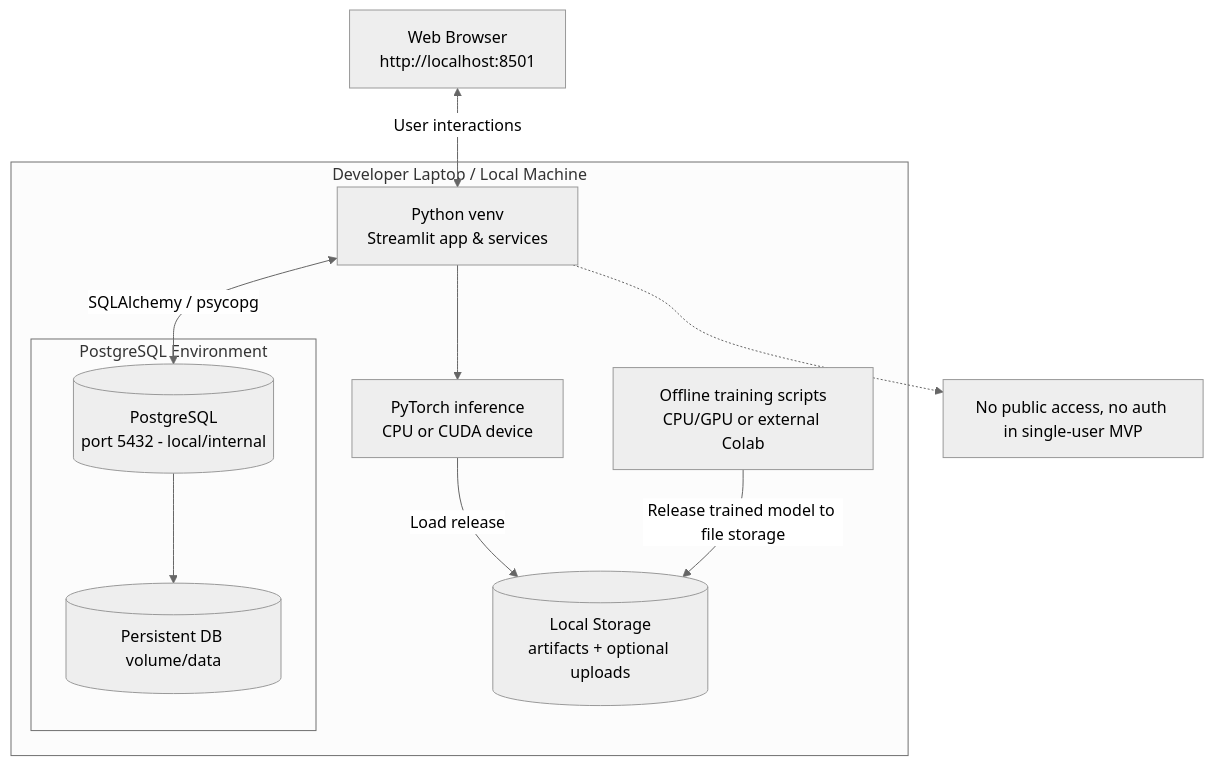
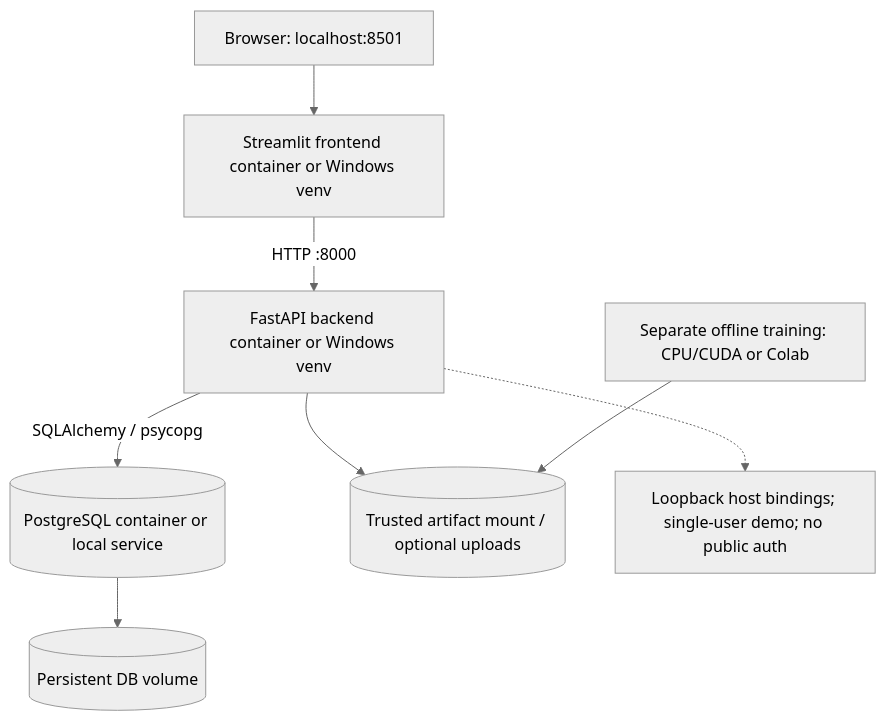
The diagram in diagrams/10-deployment.mmd (23001853-wq/food-recognition-dietary-assistant), drawn with Mermaid (neutral theme) before and after one commit. The commit also changed 249 other files, not shown here.

```diff
--- a/diagrams/10-deployment.mmd
+++ b/diagrams/10-deployment.mmd
@@ -1,22 +1,10 @@
-%% Planned design copied from PLAN.md section 23; not implementation evidence.
+%% Architecture v2; see PLAN.md and implementation status.
 flowchart TB
-    B["Web Browser<br/>http://localhost:8501"]
-    subgraph HOST["Developer Laptop / Local Machine"]
-        ST["Python venv<br/>Streamlit app & services"]
-        RT["PyTorch inference<br/>CPU or CUDA device"]
-        FILES[("Local Storage<br/>artifacts + optional uploads")]
-        subgraph DBENV["PostgreSQL Environment"]
-            PG[("PostgreSQL<br/>port 5432 - local/internal")]
-            VOL[("Persistent DB volume/data")]
-        end
-        TRAIN["Offline training scripts<br/>CPU/GPU or external Colab"]
-    end
-    B <-->|"User interactions"| ST
-    ST --> RT
-    RT -->|"Load release"| FILES
-    ST <-->|"SQLAlchemy / psycopg"| PG
-    PG --> VOL
-    TRAIN -->|"Release trained model to file storage"| FILES
-
-    NOTES["No public access, no auth in single-user MVP"]
-    ST -.-> NOTES
+    B["Browser: localhost:8501"] --> ST["Streamlit frontend container or Windows venv"]
+    ST -->|HTTP :8000| API["FastAPI backend container or Windows venv"]
+    API -->|SQLAlchemy / psycopg| PG[("PostgreSQL container or local service")]
+    PG --> VOL[("Persistent DB volume")]
+    API --> FS[("Trusted artifact mount / optional uploads")]
+    TR["Separate offline training: CPU/CUDA or Colab"] --> FS
+    NOTE["Loopback host bindings; single-user demo; no public auth"]
+    API -.-> NOTE
```
